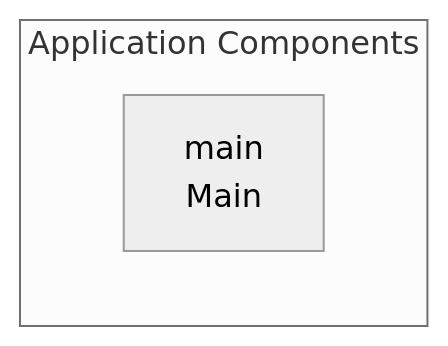
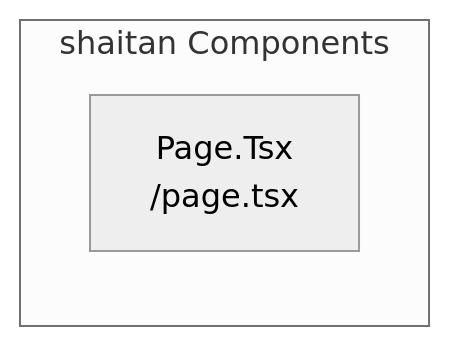
One commit to Punyamittal/shaitan changed the third of 4 diagrams in README.md. Above: the diagram before and after it, drawn with Mermaid (neutral theme). The commit also changed other lines of this file, not shown here.

````diff
--- a/README.md
+++ b/README.md
@@ -360,6 +370,6 @@
 ```mermaid
 graph LR
-    subgraph App["Application Components"]
-        main["main<br/>Main"]
+    subgraph App["shaitan Components"]
+        page_tsx["Page.Tsx<br/>/page.tsx"]
     end
 ```
````
